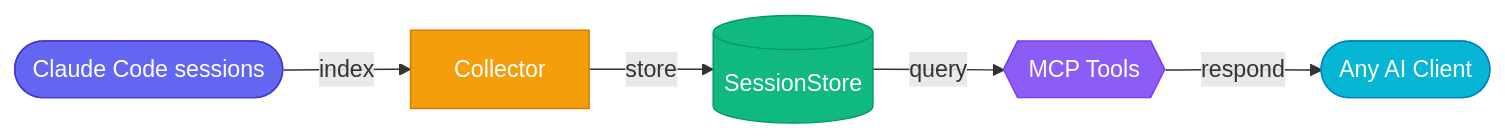
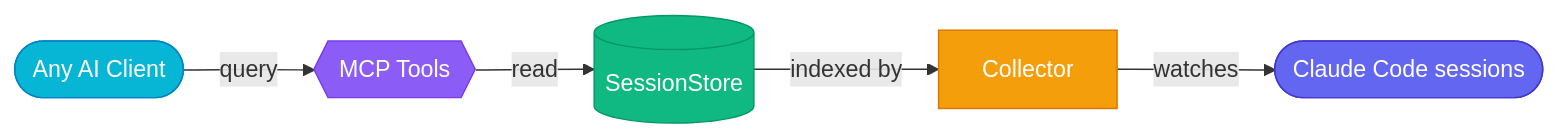
The diagram in README.md (The-Cloud-Clock-Work/agentibridge), drawn with Mermaid before and after one commit. The commit also changed other lines of this file and 1 other file, not shown here.

````diff
--- a/README.md
+++ b/README.md
@@ -7,19 +7,19 @@
 ```mermaid
 flowchart LR
-    A([Claude Code sessions]) -->|index| B[Collector]
-    B -->|store| C[(SessionStore)]
-    C -->|query| D{{MCP Tools}}
-    D -->|respond| E([Any AI Client])
+    E([Any AI Client]) -->|query| D{{MCP Tools}}
+    D -->|read| C[(SessionStore)]
+    C -->|indexed by| B[Collector]
+    B -->|watches| A([Claude Code sessions])
 
     classDef sessions fill:#6366f1,stroke:#4338ca,color:#fff
     classDef collector fill:#f59e0b,stroke:#d97706,color:#fff
     classDef store fill:#10b981,stroke:#059669,color:#fff
     classDef tools fill:#8b5cf6,stroke:#7c3aed,color:#fff
     classDef client fill:#06b6d4,stroke:#0284c7,color:#fff
 
     class A sessions
     class B collector
     class C store
     class D tools
     class E client
 ```
````
